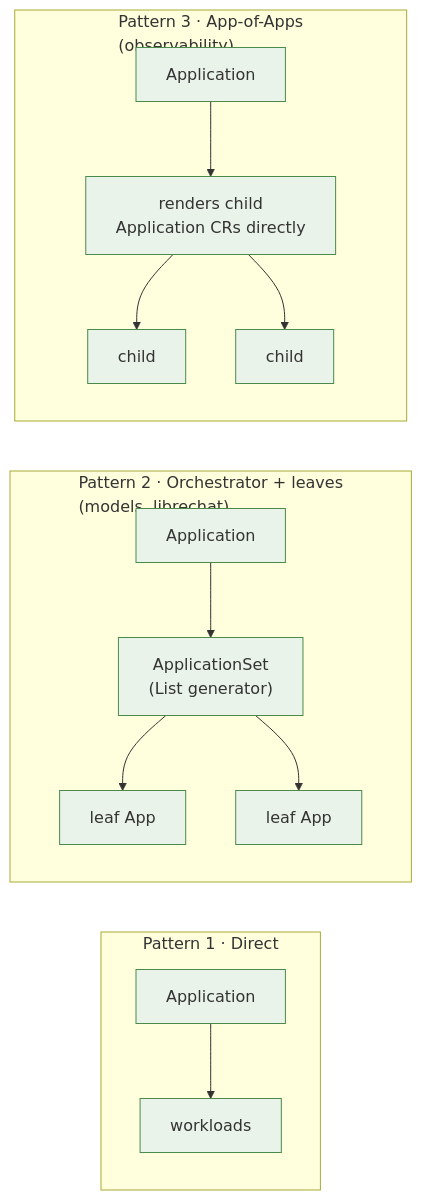
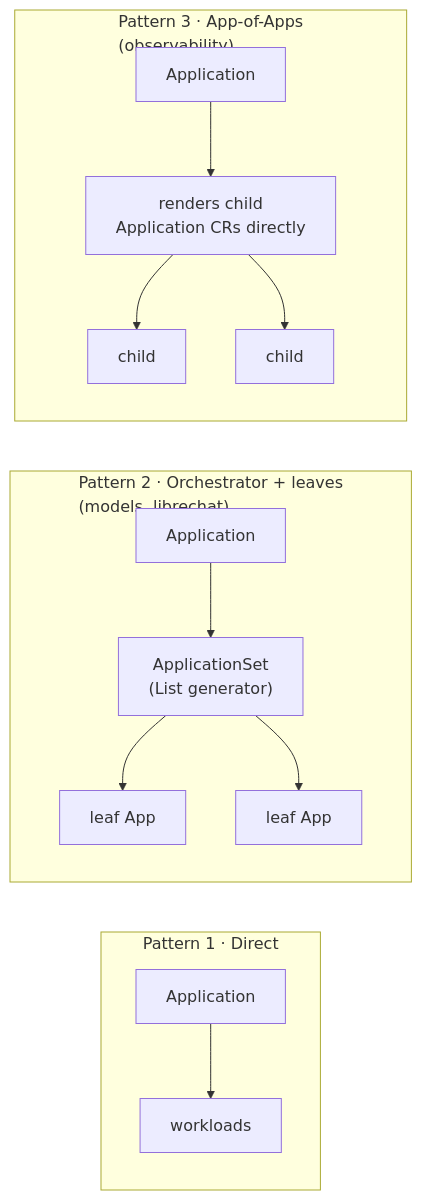
The second of 2 diagrams in docs/architecture/02-containers.md (ADORSYS-GIS/ai-helm), drawn with Mermaid before and after one commit. The commit also changed other lines of this file and 13 other files, not shown here.

First line of the commit message:
docs(architecture): uncolor all mermaid; refresh CD/components; add diagrams

````diff
--- a/docs/architecture/02-containers.md
+++ b/docs/architecture/02-containers.md
@@ -133,15 +129,13 @@
 ```mermaid
 flowchart LR
     subgraph direct["Pattern 1 · Direct"]
         A1["Application"] --> W1["workloads"]
     end
     subgraph orch["Pattern 2 · Orchestrator + leaves<br/>(models, librechat)"]
         A2["Application"] --> AS["ApplicationSet<br/>(List generator)"] --> L1["leaf App"] & L2["leaf App"]
     end
     subgraph aoa["Pattern 3 · App-of-Apps<br/>(observability)"]
         A3["Application"] --> CH["renders child<br/>Application CRs directly"] --> C1["child"] & C2["child"]
     end
 
-    classDef d fill:#eaf3ea,stroke:#4a8a4a;
-    class A1,W1,A2,AS,L1,L2,A3,CH,C1,C2 d;
 ```
````
